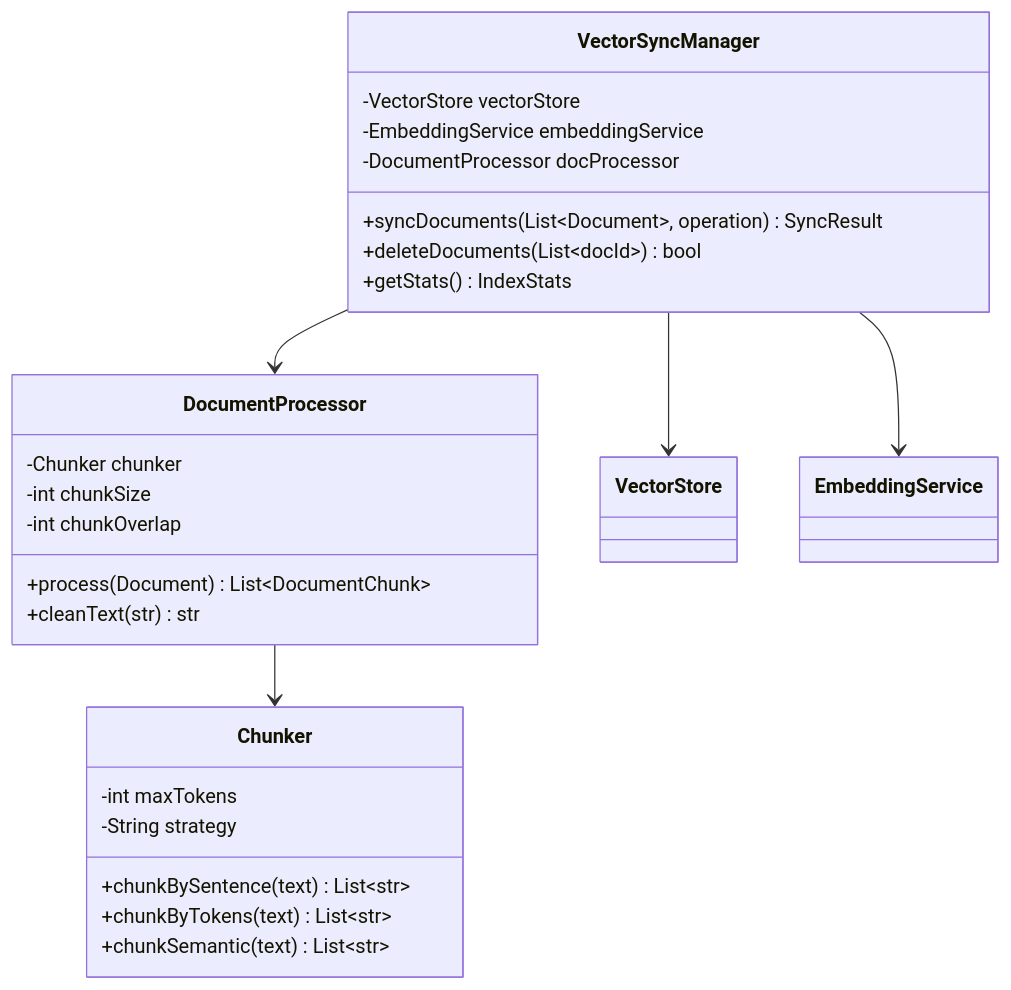
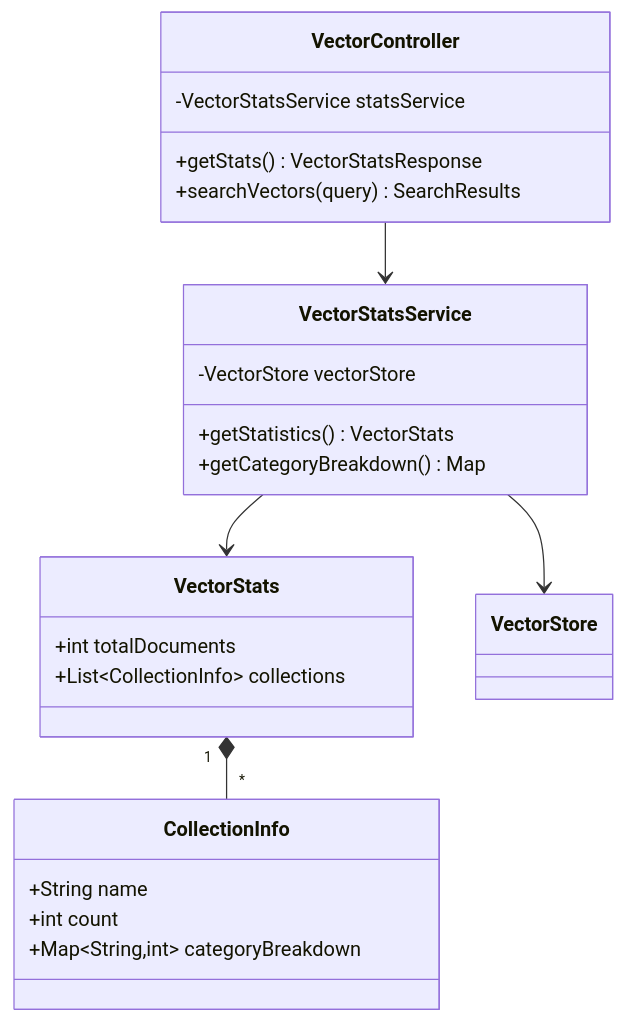
Before and after one commit to tvanle/Module2-HTTM: the sixth of 13 diagrams in README.md, drawn with Mermaid. The commit also changed other lines of this file, not shown here.

````diff
--- a/README.md
+++ b/README.md
@@ -397,32 +422,30 @@
 ```mermaid
 classDiagram
-    class VectorSyncManager {
-        -VectorStore vectorStore
-        -EmbeddingService embeddingService
-        -DocumentProcessor docProcessor
-        +syncDocuments(List~Document~, operation) SyncResult
-        +deleteDocuments(List~docId~) bool
-        +getStats() IndexStats
+    class VectorController {
+        -VectorStatsService statsService
+        +getStats() VectorStatsResponse
+        +searchVectors(query) SearchResults
     }
 
-    class DocumentProcessor {
-        -Chunker chunker
-        -int chunkSize
-        -int chunkOverlap
-        +process(Document) List~DocumentChunk~
-        +cleanText(str) str
+    class VectorStatsService {
+        -VectorStore vectorStore
+        +getStatistics() VectorStats
+        +getCategoryBreakdown() Map
     }
 
-    class Chunker {
-        -int maxTokens
-        -String strategy
-        +chunkBySentence(text) List~str~
-        +chunkByTokens(text) List~str~
-        +chunkSemantic(text) List~str~
+    class VectorStats {
+        +int totalDocuments
+        +List~CollectionInfo~ collections
     }
 
-    VectorSyncManager --> VectorStore
-    VectorSyncManager --> EmbeddingService
-    VectorSyncManager --> DocumentProcessor
-    DocumentProcessor --> Chunker
+    class CollectionInfo {
+        +String name
+        +int count
+        +Map~String,int~ categoryBreakdown
+    }
+
+    VectorController --> VectorStatsService
+    VectorStatsService --> VectorStore
+    VectorStatsService --> VectorStats
+    VectorStats "1" *-- "*" CollectionInfo
 ```
````
